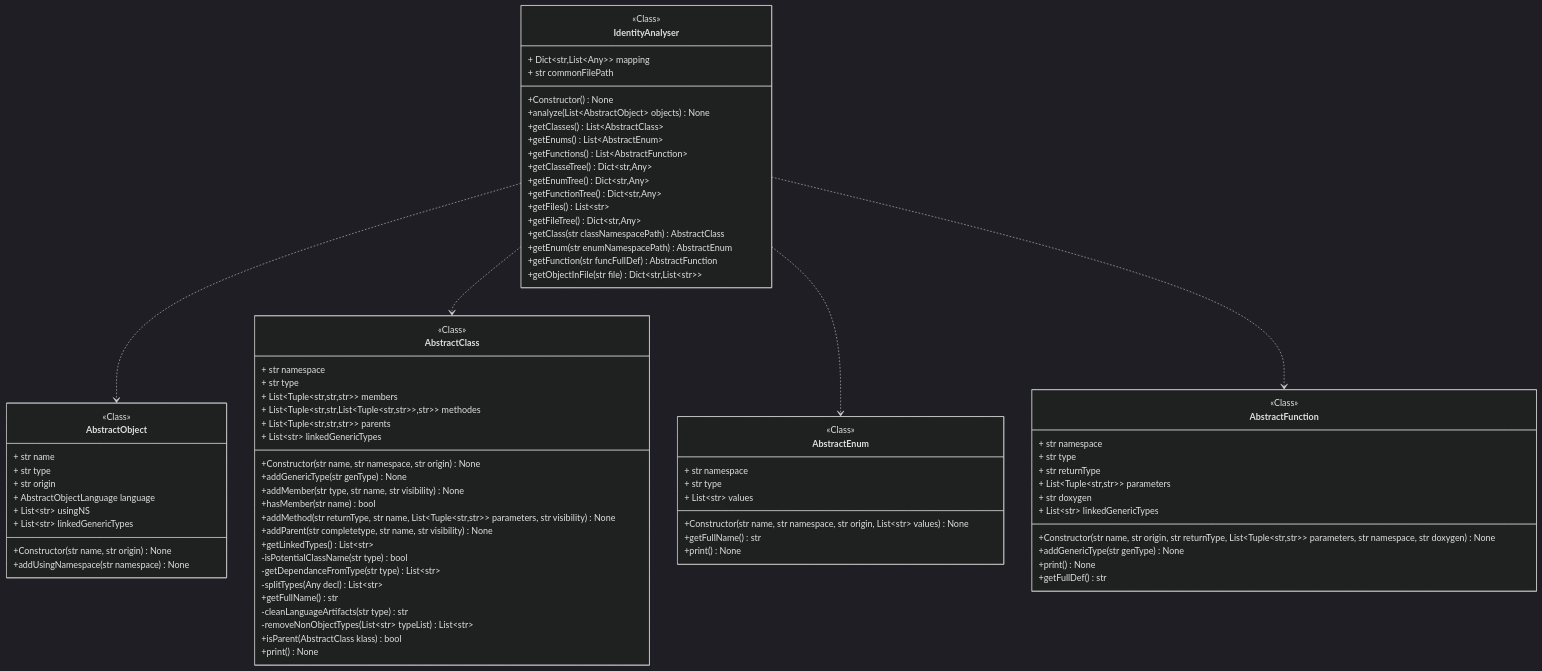
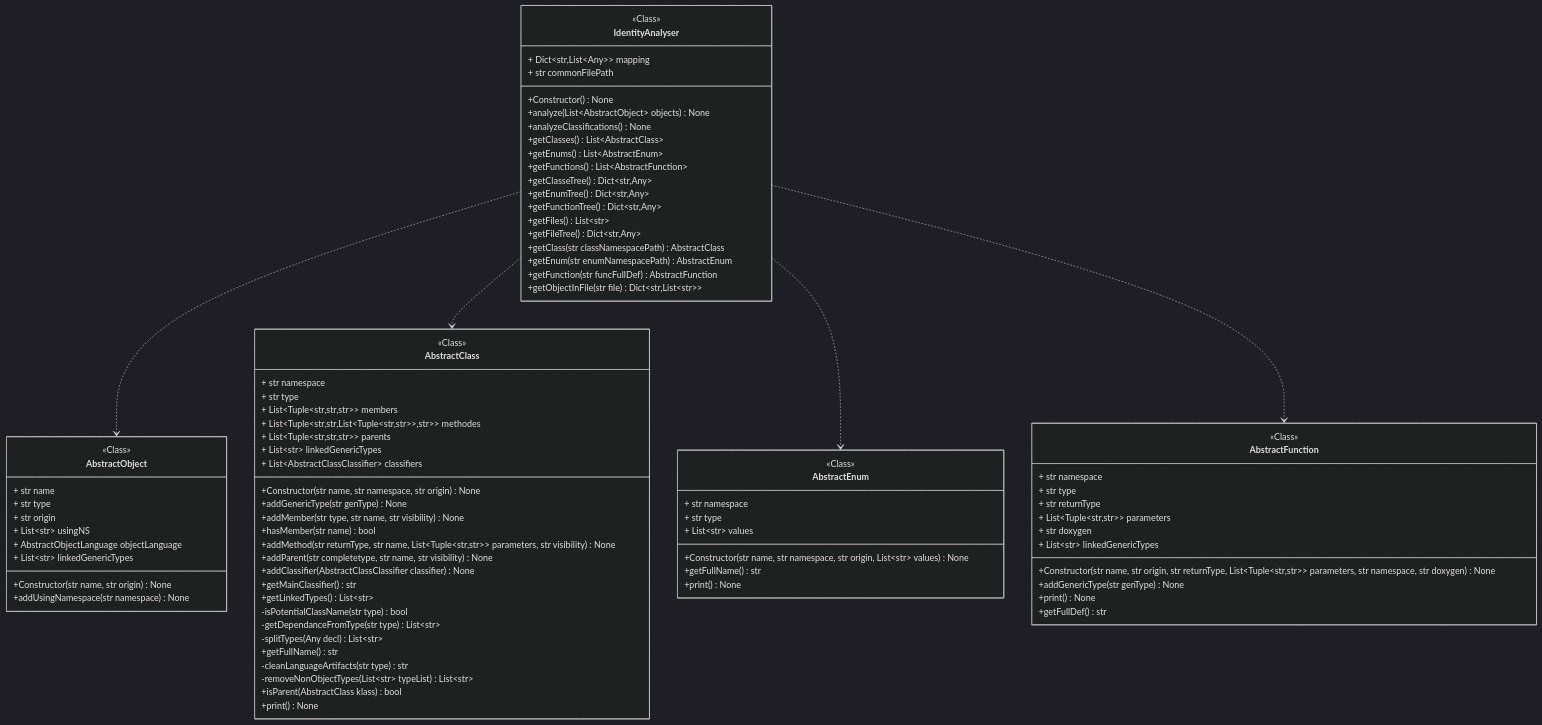
Before and after one commit to miong/pycodeanalyzer: the diagram in docs/source/code/diagrams/pycodeanalyzer_core_analyzer_identification_IdentityAnalyser.mmd, drawn with Mermaid (dark theme). The commit also changed 60 other files, not shown here.

```diff
--- a/docs/source/code/diagrams/pycodeanalyzer_core_analyzer_identification_IdentityAnalyser.mmd
+++ b/docs/source/code/diagrams/pycodeanalyzer_core_analyzer_identification_IdentityAnalyser.mmd
@@ -1,85 +1,89 @@
 classDiagram
 class IdentityAnalyser {
 <<Class>>
 + Dict&lt;str,List&lt;Any&gt;&gt; mapping
 + str commonFilePath
 +Constructor() None
 +analyze(List~AbstractObject~ objects) None
++analyzeClassifications() None
 +getClasses() List~AbstractClass~
 +getEnums() List~AbstractEnum~
 +getFunctions() List~AbstractFunction~
 +getClasseTree() Dict~str,Any~
 +getEnumTree() Dict~str,Any~
 +getFunctionTree() Dict~str,Any~
 +getFiles() List~str~
 +getFileTree() Dict~str,Any~
 +getClass(str classNamespacePath) AbstractClass
 +getEnum(str enumNamespacePath) AbstractEnum
 +getFunction(str funcFullDef) AbstractFunction
 +getObjectInFile(str file) Dict&lt;str,List&lt;str&gt;&gt;
 }
 class AbstractObject {
 <<Class>>
 + str name
 + str type
 + str origin
-+ AbstractObjectLanguage language
 + List~str~ usingNS
++ AbstractObjectLanguage objectLanguage
 + List~str~ linkedGenericTypes
 +Constructor(str name, str origin) None
 +addUsingNamespace(str namespace) None
 }
 link AbstractObject "class££pycodeanalyzer::core::abstraction::objects::AbstractObject"
 class AbstractClass {
 <<Class>>
 + str namespace
 + str type
 + List&lt;Tuple&lt;str,str,str&gt;&gt; members
 + List&lt;Tuple&lt;str,str,List&lt;Tuple&lt;str,str&gt;&gt;,str&gt;&gt; methodes
 + List&lt;Tuple&lt;str,str,str&gt;&gt; parents
 + List~str~ linkedGenericTypes
++ List~AbstractClassClassifier~ classifiers
 +Constructor(str name, str namespace, str origin) None
 +addGenericType(str genType) None
 +addMember(str type, str name, str visibility) None
 +hasMember(str name) bool
 +addMethod(str returnType, str name, List&lt;Tuple&lt;str,str&gt;&gt; parameters, str visibility) None
 +addParent(str completetype, str name, str visibility) None
++addClassifier(AbstractClassClassifier classifier) None
++getMainClassifier() str
 +getLinkedTypes() List~str~
 -isPotentialClassName(str type) bool
 -getDependanceFromType(str type) List~str~
 -splitTypes(Any decl) List~str~
 +getFullName() str
 -cleanLanguageArtifacts(str type) str
 -removeNonObjectTypes(List~str~ typeList) List~str~
 +isParent(AbstractClass klass) bool
 +print() None
 }
 link AbstractClass "class££pycodeanalyzer::core::abstraction::objects::AbstractClass"
 class AbstractEnum {
 <<Class>>
 + str namespace
 + str type
 + List~str~ values
 +Constructor(str name, str namespace, str origin, List~str~ values) None
 +getFullName() str
 +print() None
 }
 link AbstractEnum "class££pycodeanalyzer::core::abstraction::objects::AbstractEnum"
 class AbstractFunction {
 <<Class>>
 + str namespace
 + str type
 + str returnType
 + List&lt;Tuple&lt;str,str&gt;&gt; parameters
 + str doxygen
 + List~str~ linkedGenericTypes
 +Constructor(str name, str origin, str returnType, List&lt;Tuple&lt;str,str&gt;&gt; parameters, str namespace, str doxygen) None
 +addGenericType(str genType) None
 +print() None
 +getFullDef() str
 }
 link AbstractFunction "class££pycodeanalyzer::core::abstraction::objects::AbstractFunction"
 IdentityAnalyser ..> AbstractObject
 IdentityAnalyser ..> AbstractClass
 IdentityAnalyser ..> AbstractEnum
 IdentityAnalyser ..> AbstractFunction
```
